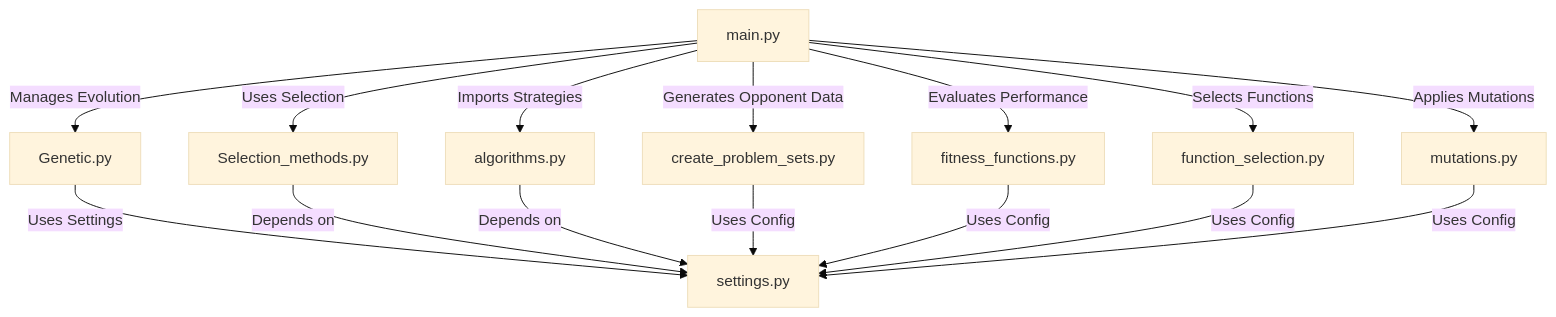
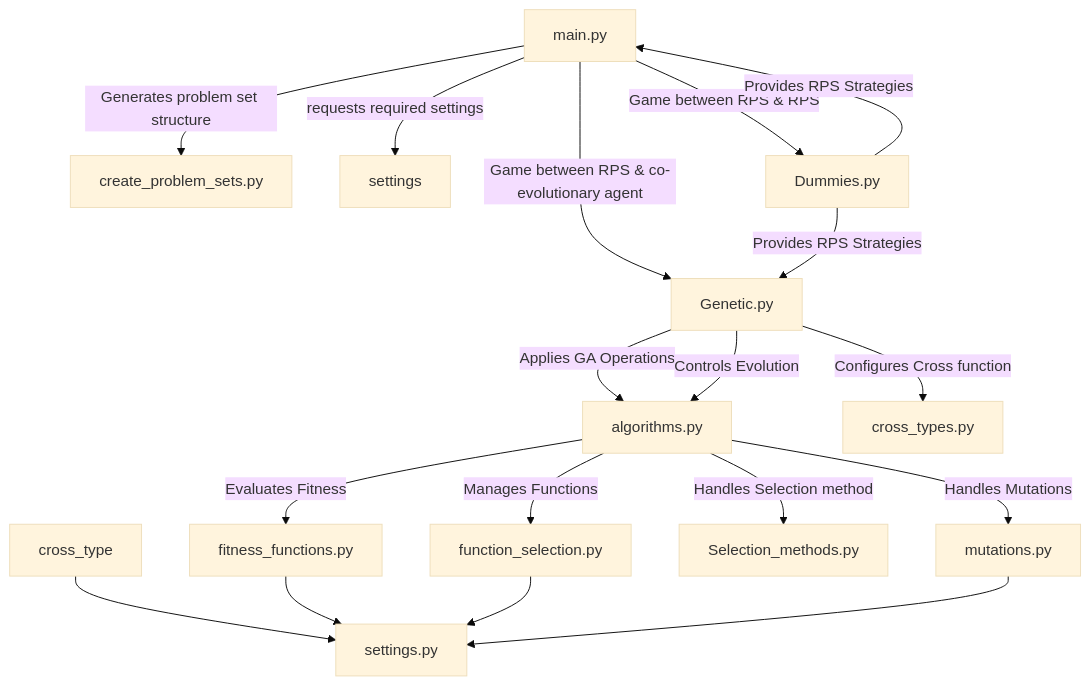
One commit to AbednAboH/CoEvolution-GA changed the diagram in README.md. Above: the diagram before and after it, drawn with Mermaid (base theme). The commit also changed other lines of this file, not shown here.

````diff
--- a/README.md
+++ b/README.md
@@ -38,17 +39,26 @@
 ```mermaid
 graph TD;
-    main.py -->|Manages Evolution| Genetic.py;
-    main.py -->|Uses Selection| Selection_methods.py;
-    main.py -->|Imports Strategies| algorithms.py;
-    main.py -->|Generates Opponent Data| create_problem_sets.py;
-    main.py -->|Evaluates Performance| fitness_functions.py;
-    main.py -->|Selects Functions| function_selection.py;
-    main.py -->|Applies Mutations| mutations.py;
-    Genetic.py -->|Uses Settings| settings.py;
-    Selection_methods.py -->|Depends on| settings.py;
-    algorithms.py -->|Depends on| settings.py;
-    create_problem_sets.py -->|Uses Config| settings.py;
-    fitness_functions.py -->|Uses Config| settings.py;
-    function_selection.py -->|Uses Config| settings.py;
-    mutations.py -->|Uses Config| settings.py;
+    main.py -->|Generates problem set structure| create_problem_sets.py;
+    main.py -->|requests required settings| settings;
+    main.py -->|Game between RPS & co-evolutionary agent|Genetic.py;
+    main.py -->|Game between RPS & RPS| Dummies.py
+
+    algorithms.py -->|Evaluates Fitness| fitness_functions.py;
+    algorithms.py -->|Manages Functions| function_selection.py;
+    algorithms.py -->|Handles Mutations| mutations.py;
+    algorithms.py -->|Handles Selection method| Selection_methods.py;
+
+    Genetic.py -->|Applies GA Operations| algorithms.py;
+    Genetic.py -->|Controls Evolution| algorithms.py;
+    Genetic.py -->|Configures Cross function| cross_types.py;
+
+
+    Dummies.py -->|Provides RPS Strategies| main.py;
+    Dummies.py -->|Provides RPS Strategies| Genetic.py;
+
+
+    cross_type --> settings.py
+    fitness_functions.py --> settings.py;
+    function_selection.py --> settings.py;
+    mutations.py --> settings.py;
 ```
````
